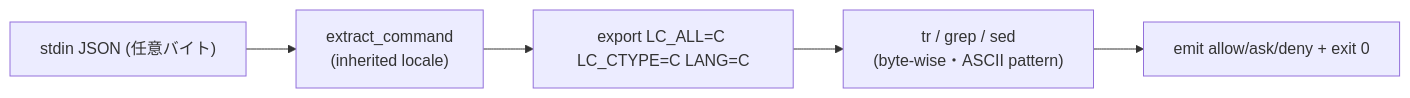
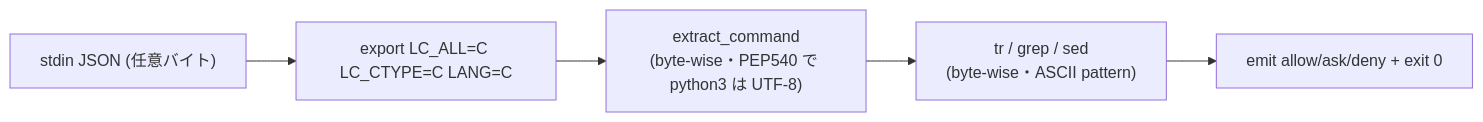
One commit to yuuya-miyagaki/aegis changed the diagram in docs/specs/2026-07-18-iter73-locale-byte-sweep-design.md. Above: the diagram before and after it, drawn with Mermaid. The commit also changed other lines of this file and 1 other file, not shown here.

First line of the commit message:
docs(iter73): 設計/計画に配置修正を反映（抽出後→抽出前・PEP 540 根拠・実装で判明）

````diff
--- a/docs/specs/2026-07-18-iter73-locale-byte-sweep-design.md
+++ b/docs/specs/2026-07-18-iter73-locale-byte-sweep-design.md
@@ -94,7 +135,7 @@
 ```mermaid
 flowchart LR
-    Stdin["stdin JSON (任意バイト)"] --> Extract["extract_command<br/>(inherited locale)"]
-    Extract --> Guard["export LC_ALL=C LC_CTYPE=C LANG=C"]
-    Guard --> TrGrep["tr / grep / sed<br/>(byte-wise・ASCII pattern)"]
+    Stdin["stdin JSON (任意バイト)"] --> Guard["export LC_ALL=C LC_CTYPE=C LANG=C"]
+    Guard --> Extract["extract_command<br/>(byte-wise・PEP540 で python3 は UTF-8)"]
+    Extract --> TrGrep["tr / grep / sed<br/>(byte-wise・ASCII pattern)"]
     TrGrep --> Emit["emit allow/ask/deny + exit 0"]
 ```
````
